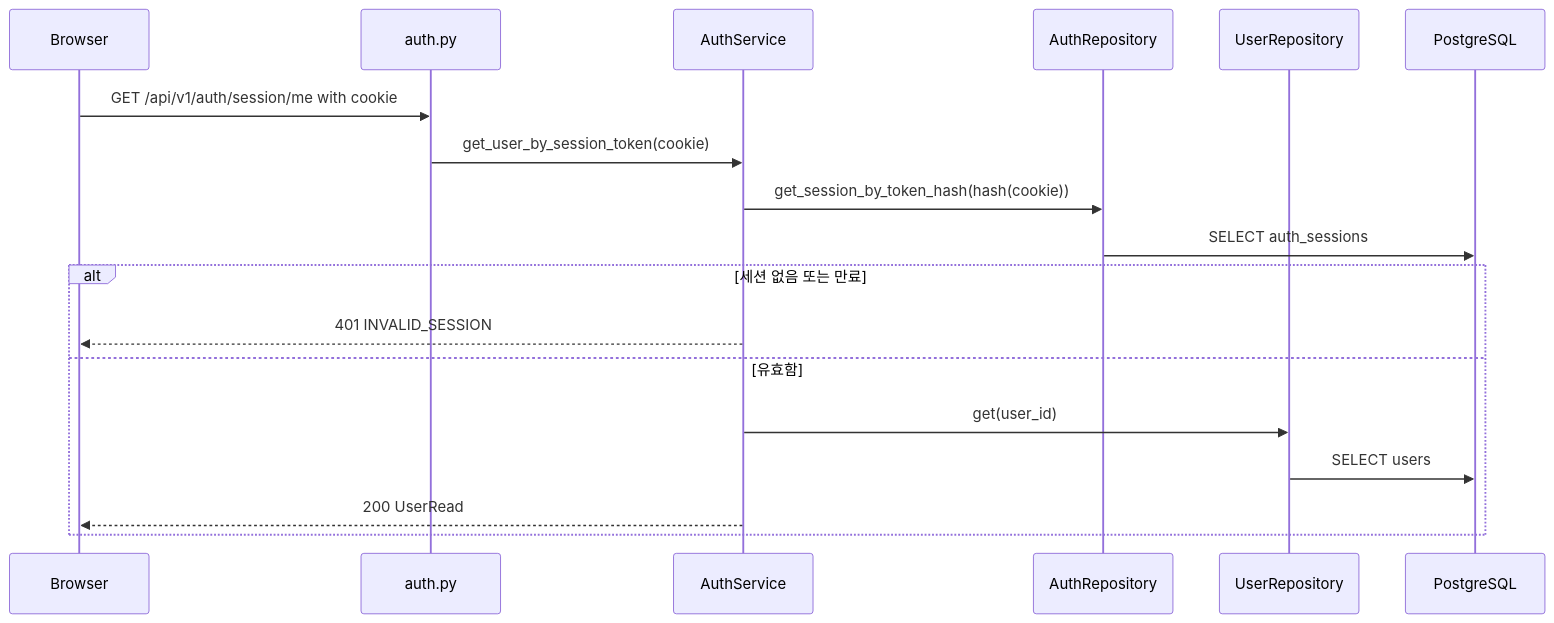
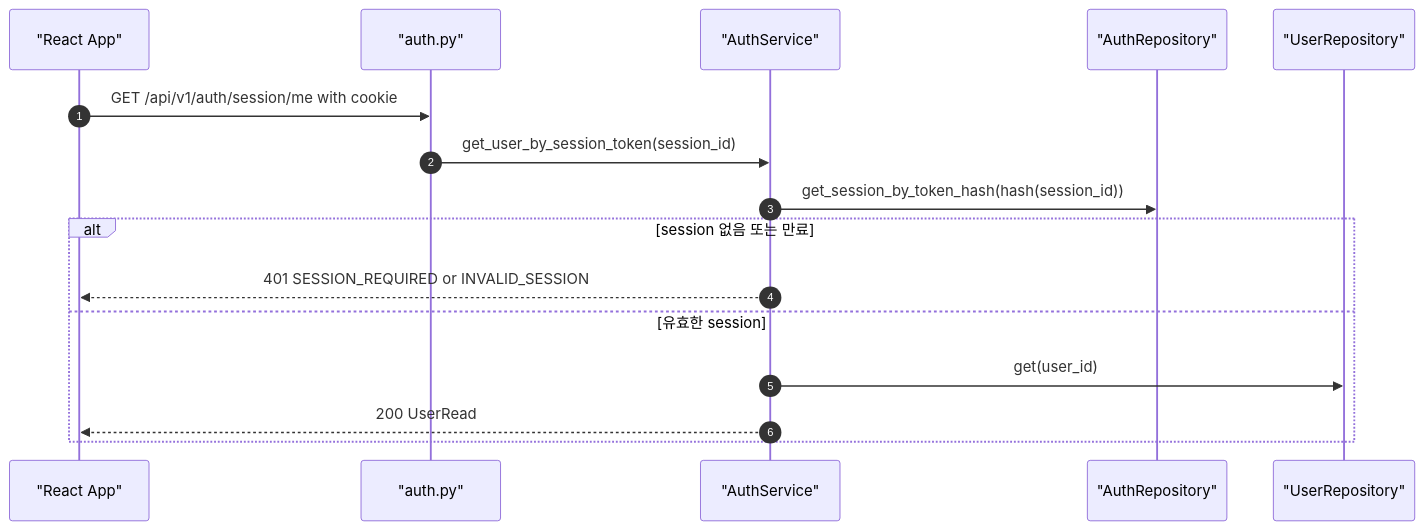
One commit to JUNGLE-TEAM1/W16_team_sprint changed the fourth of 7 diagrams in docs/sprint-2-execution-flow-guide.md. Above: the diagram before and after it, drawn with Mermaid. The commit also changed other lines of this file and 21 other files, not shown here.

Commit message:
feat: finalize sprint 2 session auth

````diff
--- a/docs/sprint-2-execution-flow-guide.md
+++ b/docs/sprint-2-execution-flow-guide.md
@@ -123,21 +125,19 @@
 ```mermaid
 sequenceDiagram
-    participant Browser
-    participant API as auth.py
-    participant Service as AuthService
-    participant AuthRepo as AuthRepository
-    participant Users as UserRepository
-    participant DB as PostgreSQL
+    autonumber
+    participant UI as "React App"
+    participant API as "auth.py"
+    participant Service as "AuthService"
+    participant AuthRepo as "AuthRepository"
+    participant Users as "UserRepository"
 
-    Browser->>API: GET /api/v1/auth/session/me with cookie
-    API->>Service: get_user_by_session_token(cookie)
-    Service->>AuthRepo: get_session_by_token_hash(hash(cookie))
-    AuthRepo->>DB: SELECT auth_sessions
-    alt 세션 없음 또는 만료
-        Service-->>Browser: 401 INVALID_SESSION
-    else 유효함
+    UI->>API: GET /api/v1/auth/session/me with cookie
+    API->>Service: get_user_by_session_token(session_id)
+    Service->>AuthRepo: get_session_by_token_hash(hash(session_id))
+    alt session 없음 또는 만료
+        Service-->>UI: 401 SESSION_REQUIRED or INVALID_SESSION
+    else 유효한 session
         Service->>Users: get(user_id)
-        Users->>DB: SELECT users
-        Service-->>Browser: 200 UserRead
+        Service-->>UI: 200 UserRead
     end
 ```
````
